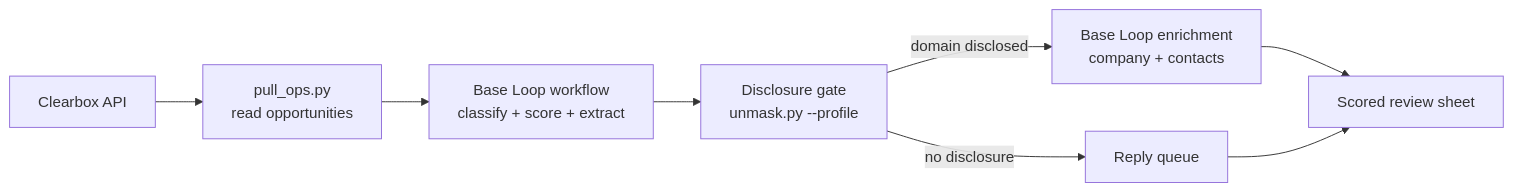
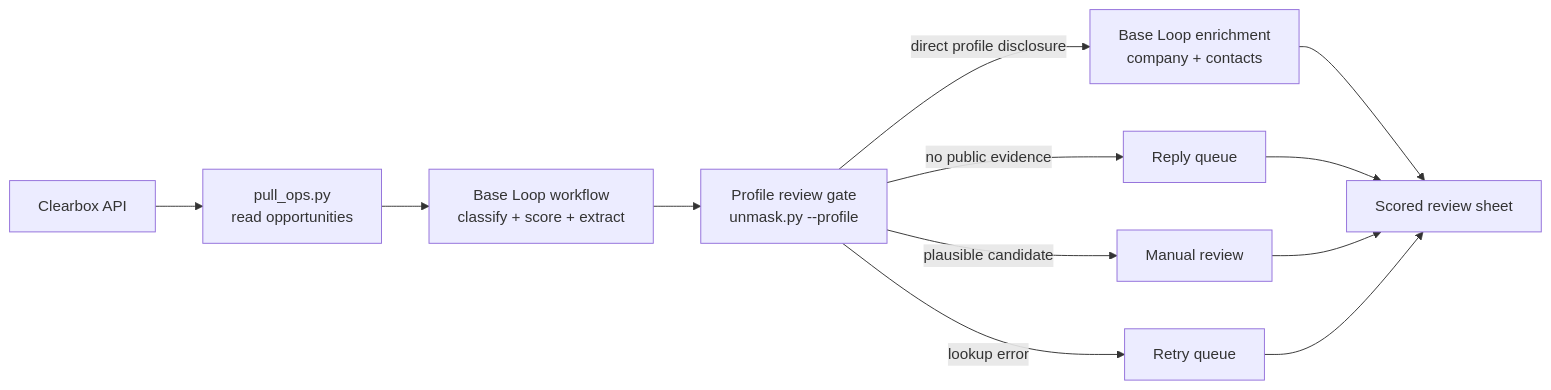
Before and after one commit to shawnla90/ClearboxGTM: the diagram in examples/integrations/baseloop.md, drawn with Mermaid. The commit also changed other lines of this file and 13 other files, not shown here.

Commit message:
fix: require direct Reddit profile evidence for enrichment

````diff
--- a/examples/integrations/baseloop.md
+++ b/examples/integrations/baseloop.md
@@ -9,10 +9,14 @@
 ```mermaid
 graph LR
   A[Clearbox API] --> B[pull_ops.py<br/>read opportunities]
   B --> C[Base Loop workflow<br/>classify + score + extract]
-  C --> D[Disclosure gate<br/>unmask.py --profile]
-  D -->|domain disclosed| E[Base Loop enrichment<br/>company + contacts]
-  D -->|no disclosure| F[Reply queue]
+  C --> D[Profile review gate<br/>unmask.py --profile]
+  D -->|direct profile disclosure| E[Base Loop enrichment<br/>company + contacts]
+  D -->|plausible candidate| H[Manual review]
+  D -->|no public evidence| F[Reply queue]
+  D -->|lookup error| I[Retry queue]
   E --> G[Scored review sheet]
   F --> G
+  H --> G
+  I --> G
 ```
````
